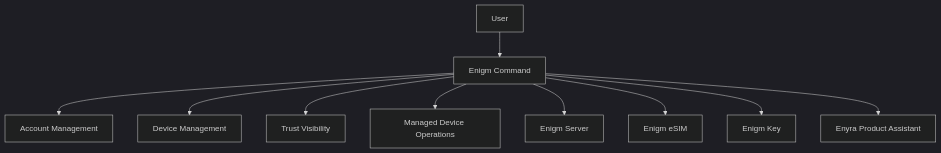
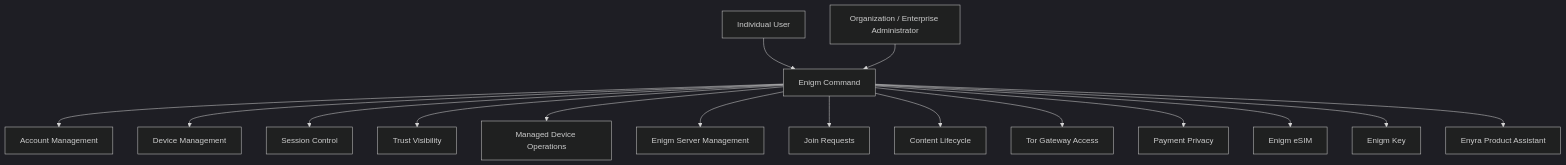
Before and after one commit to enigm-llc/docs: the diagram in platform/control-panel.mdx, drawn with Mermaid (dark theme). The commit also changed other lines of this file and 53 other files, not shown here.

````diff
--- a/platform/control-panel.mdx
+++ b/platform/control-panel.mdx
@@ -22,12 +22,18 @@
 ```mermaid
 flowchart TD
-  User["User"] --> CP["Enigm Command"]
+  User["Individual User"] --> CP["Enigm Command"]
+  Enterprise["Organization / Enterprise Administrator"] --> CP
   CP --> Account["Account Management"]
   CP --> Device["Device Management"]
+  CP --> Sessions["Session Control"]
   CP --> Trust["Trust Visibility"]
   CP --> Managed["Managed Device Operations"]
-  CP --> Servers["Enigm Server"]
+  CP --> Servers["Enigm Server Management"]
+  CP --> Invites["Join Requests"]
+  CP --> Content["Content Lifecycle"]
+  CP --> Tor["Tor Gateway Access"]
+  CP --> Payments["Payment Privacy"]
   CP --> ESIM["Enigm eSIM"]
   CP --> Key["Enigm Key"]
   CP --> Assistant["Enyra Product Assistant"]
 ```
````
